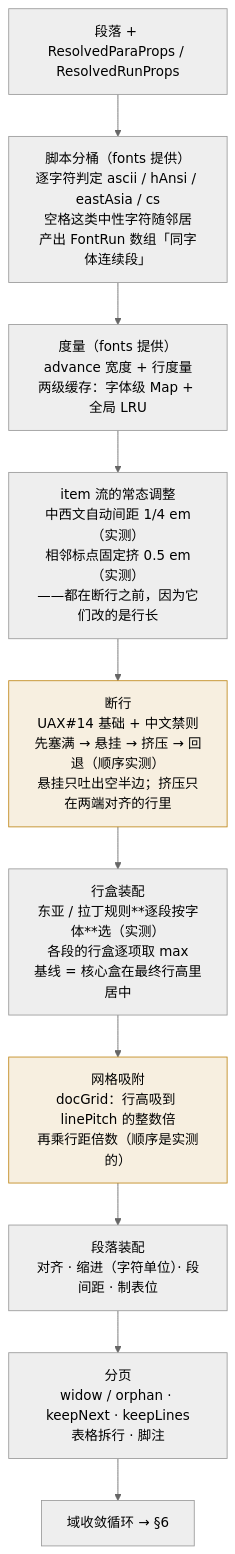
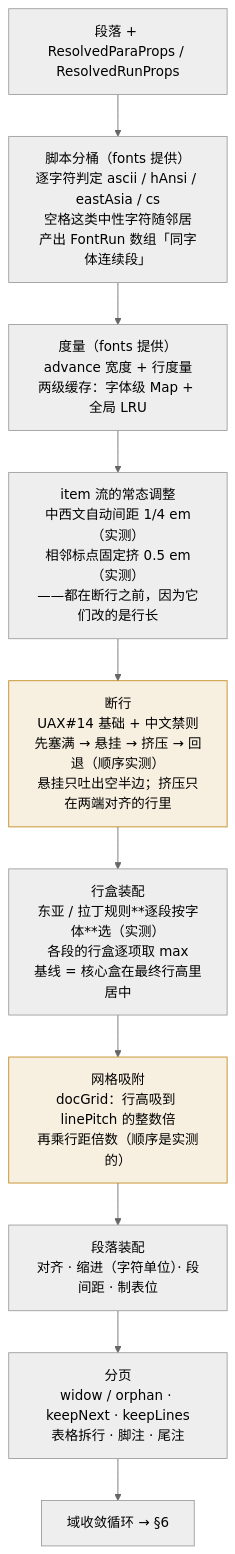
Before and after one commit to shedan9/ultimate-word-js: the fourth of 7 diagrams in docs/architecture.md, drawn with Mermaid (neutral theme). The commit also changed other lines of this file and 10 other files, not shown here.

````diff
--- a/docs/architecture.md
+++ b/docs/architecture.md
@@ -296,16 +296,16 @@
 ```mermaid
 flowchart TB
   A["段落 + ResolvedParaProps / ResolvedRunProps"] --> B
   B["脚本分桶（fonts 提供）<br/>逐字符判定 ascii / hAnsi / eastAsia / cs<br/>空格这类中性字符随邻居<br/>产出 FontRun 数组「同字体连续段」"] --> C
   C["度量（fonts 提供）<br/>advance 宽度 + 行度量<br/>两级缓存：字体级 Map + 全局 LRU"] --> C2
   C2["item 流的常态调整<br/>中西文自动间距 1/4 em（实测）<br/>相邻标点固定挤 0.5 em（实测）<br/>——都在断行之前，因为它们改的是行长"] --> D
   D["断行<br/>UAX#14 基础 + 中文禁则<br/>先塞满 → 悬挂 → 挤压 → 回退（顺序实测）<br/>悬挂只吐出空半边；挤压只在两端对齐的行里"] --> E
   E["行盒装配<br/>东亚 / 拉丁规则**逐段按字体**选（实测）<br/>各段的行盒逐项取 max<br/>基线 = 核心盒在最终行高里居中"] --> F
   F["网格吸附<br/>docGrid：行高吸到 linePitch 的整数倍<br/>再乘行距倍数（顺序是实测的）"] --> G
   G["段落装配<br/>对齐 · 缩进（字符单位）· 段间距 · 制表位"] --> H
-  H["分页<br/>widow / orphan · keepNext · keepLines<br/>表格拆行 · 脚注"] --> I
+  H["分页<br/>widow / orphan · keepNext · keepLines<br/>表格拆行 · 脚注 · 尾注"] --> I
   I["域收敛循环 → §6"]
 
   style D fill:#bf871922,stroke:#bf8719
   style F fill:#bf871922,stroke:#bf8719
 ```
````
